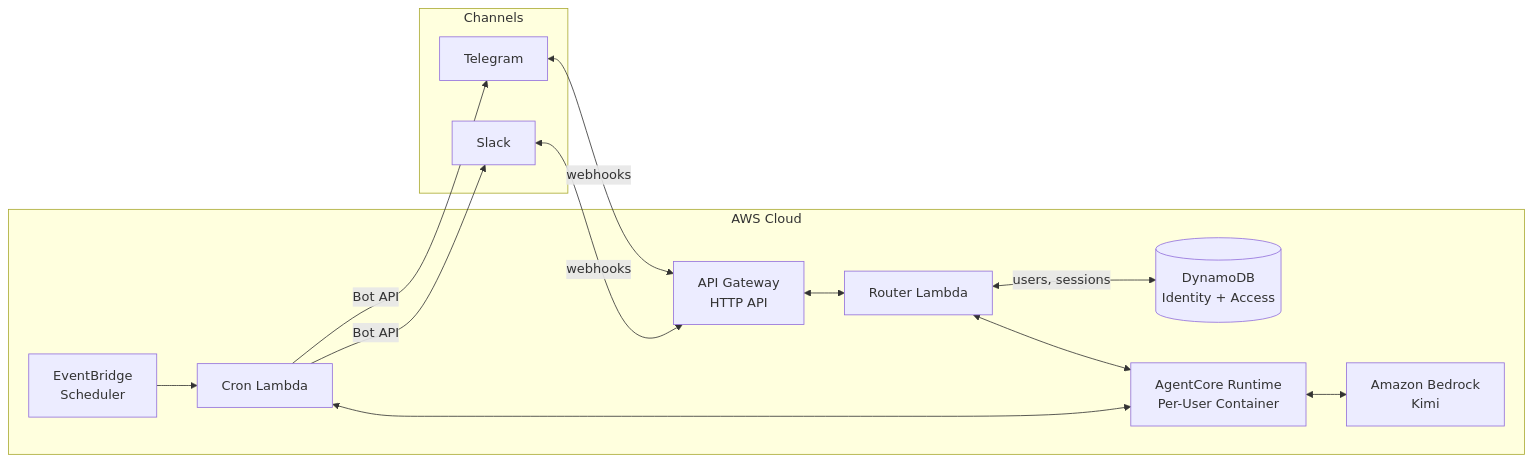
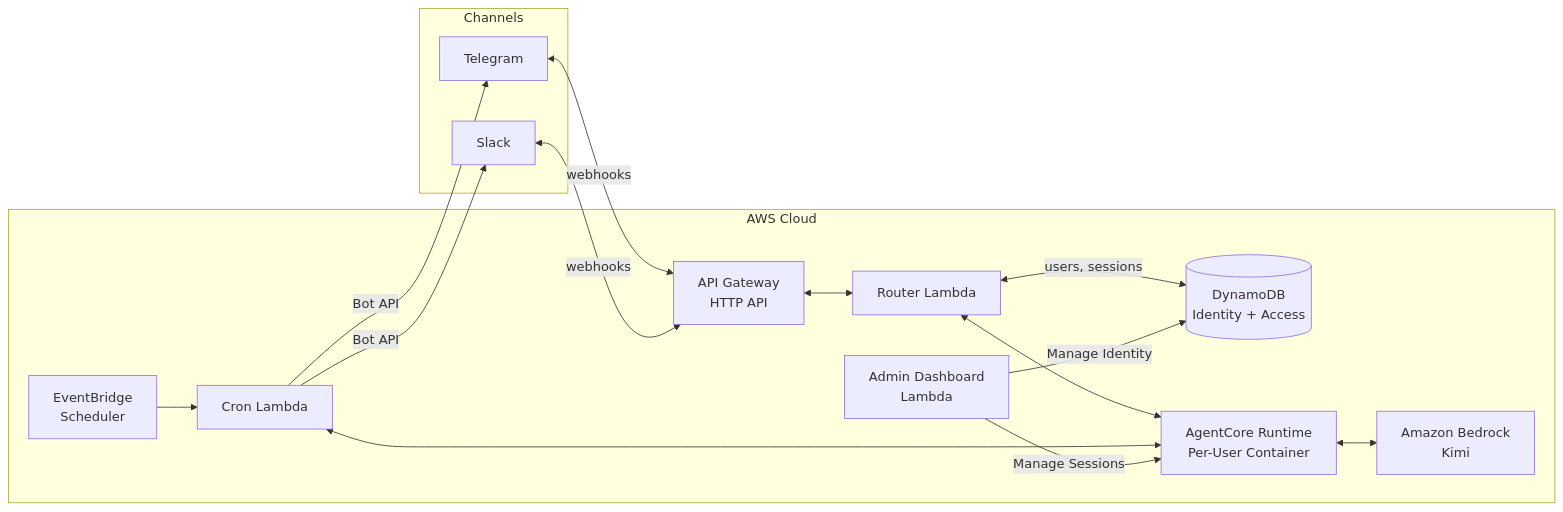
The first of 4 diagrams in README.md (wongcyrus/sample-host-openclaw-on-amazon-bedrock-agentcore), drawn with Mermaid before and after one commit. The commit also changed other lines of this file and 8 other files, not shown here.

Commit message:
feat: implement Admin Dashboard for managing AgentCore sessions with basic authentication

````diff
--- a/README.md
+++ b/README.md
@@ -50,26 +51,29 @@
 ```mermaid
 flowchart LR
     subgraph Channels
         TG[Telegram]
         SL[Slack]
     end
 
     subgraph AWS[AWS Cloud]
         APIGW[API Gateway<br/>HTTP API]
         ROUTER[Router Lambda]
         DDB[(DynamoDB<br/>Identity + Access)]
         AGENT[AgentCore Runtime<br/>Per-User Container]
         BEDROCK[Amazon Bedrock<br/>Kimi]
         CRON[EventBridge<br/>Scheduler]
         CRONLAMBDA[Cron Lambda]
+        ADMIN[Admin Dashboard<br/>Lambda]
     end
 
     TG & SL <-->|webhooks| APIGW
     APIGW <--> ROUTER
     ROUTER <-->|users, sessions| DDB
     ROUTER <--> AGENT
     AGENT <--> BEDROCK
     CRON --> CRONLAMBDA
     CRONLAMBDA <--> AGENT
     CRONLAMBDA -->|Bot API| TG & SL
+    ADMIN -->|Manage Sessions| AGENT
+    ADMIN -->|Manage Identity| DDB
 ```
````
